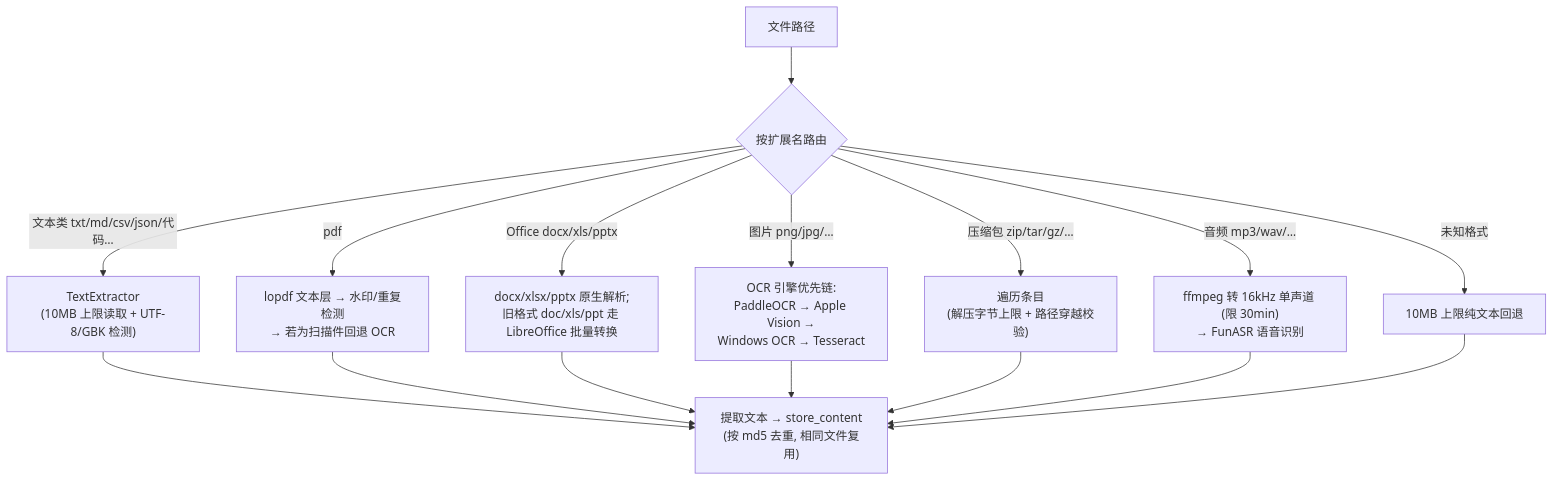
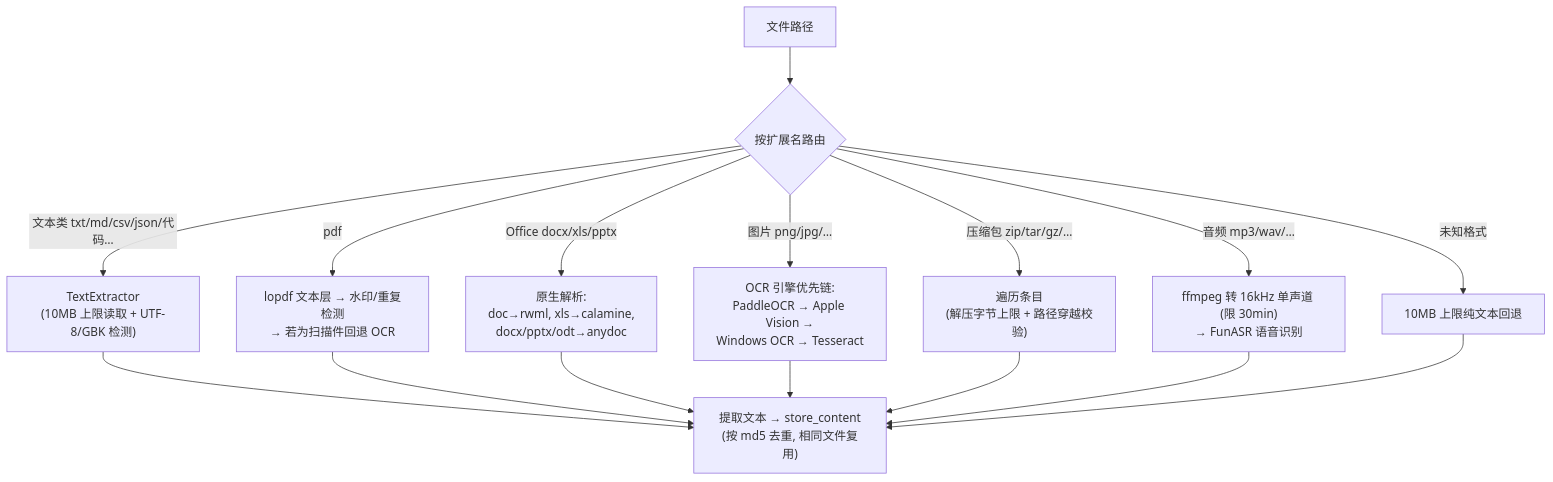
Before and after one commit to Gray-Chan-sh/link-searcher: the fourth of 6 diagrams in USER_MANUAL.md, drawn with Mermaid. The commit also changed other lines of this file and 24 other files, not shown here.

First line of the commit message:
refactor: 彻底移除 LibreOffice 兜底 + 新增索引有效性验证

````diff
--- a/USER_MANUAL.md
+++ b/USER_MANUAL.md
@@ -303,18 +302,18 @@
 ```mermaid
 flowchart TD
     A["文件路径"] --> B{"按扩展名路由"}
     B -->|"文本类 txt/md/csv/json/代码…"| C["TextExtractor<br/>(10MB 上限读取 + UTF-8/GBK 检测)"]
     B -->|"pdf"| D["lopdf 文本层 → 水印/重复检测<br/>→ 若为扫描件回退 OCR"]
-    B -->|"Office docx/xls/pptx"| E["docx/xlsx/pptx 原生解析;<br/>旧格式 doc/xls/ppt 走 LibreOffice 批量转换"]
+    B -->|"Office docx/xls/pptx"| E["原生解析:<br/>doc→rwml, xls→calamine,<br/>docx/pptx/odt→anydoc"]
     B -->|"图片 png/jpg/…"| F["OCR 引擎优先链:<br/>PaddleOCR → Apple Vision →<br/>Windows OCR → Tesseract"]
     B -->|"压缩包 zip/tar/gz/…"| G["遍历条目<br/>(解压字节上限 + 路径穿越校验)"]
     B -->|"音频 mp3/wav/…"| H["ffmpeg 转 16kHz 单声道 (限 30min)<br/>→ FunASR 语音识别"]
     B -->|"未知格式"| I["10MB 上限纯文本回退"]
     C --> J
     D --> J
     E --> J
     F --> J
     G --> J
     H --> J
     I --> J["提取文本 → store_content<br/>(按 md5 去重, 相同文件复用)"]
 ```
````
